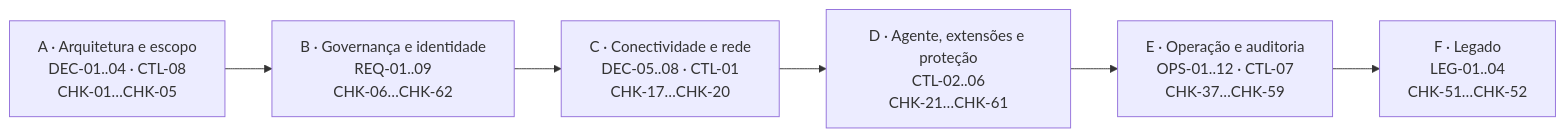
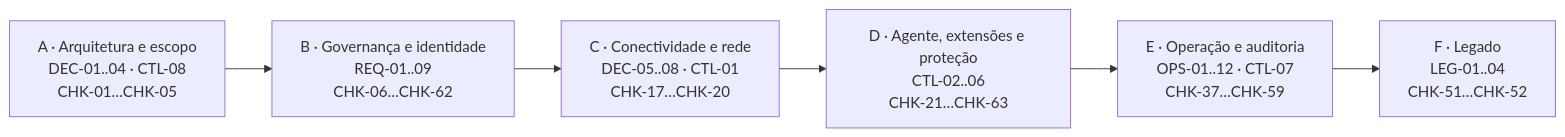
Diagram 14 of 18 in docs/guide.pt-BR.md (fabiotreze/arc-posture-review), drawn with Mermaid before and after one commit. The commit also changed other lines of this file and 9 other files, not shown here.

````diff
--- a/docs/guide.pt-BR.md
+++ b/docs/guide.pt-BR.md
@@ -1244,9 +1246,9 @@
 ```mermaid
 %% svg:phases
 flowchart LR
   A["A · Arquitetura e escopo<br/>DEC-01..04 · CTL-08<br/>CHK-01…CHK-05"] --> B["B · Governança e identidade<br/>REQ-01..09<br/>CHK-06…CHK-62"]
   B --> C["C · Conectividade e rede<br/>DEC-05..08 · CTL-01<br/>CHK-17…CHK-20"]
-  C --> D["D · Agente, extensões e proteção<br/>CTL-02..06<br/>CHK-21…CHK-61"]
+  C --> D["D · Agente, extensões e proteção<br/>CTL-02..06<br/>CHK-21…CHK-63"]
   D --> E["E · Operação e auditoria<br/>OPS-01..12 · CTL-07<br/>CHK-37…CHK-59"]
   E --> F["F · Legado<br/>LEG-01..04<br/>CHK-51…CHK-52"]
 ```
````
